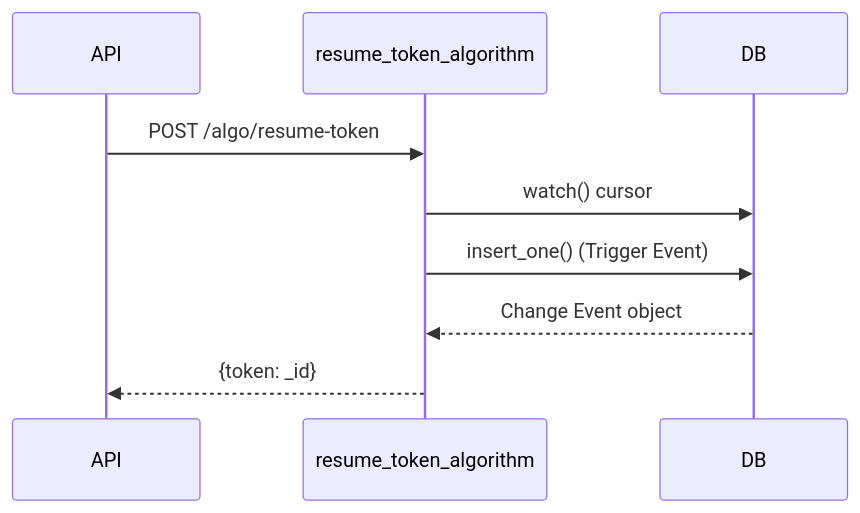
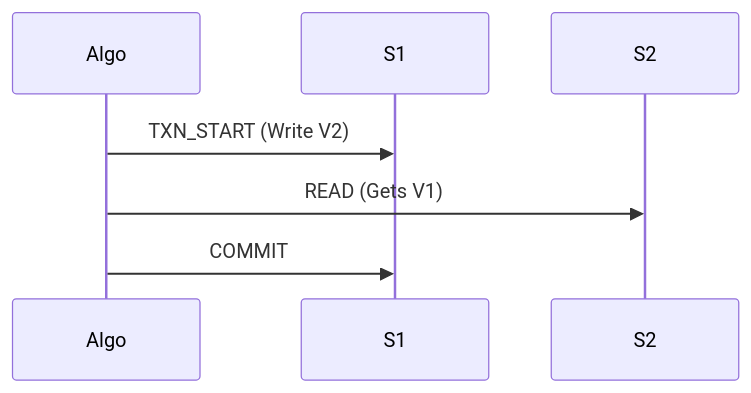
One commit to Chief-Strategist-J/llm-observability-platform changed the sixth of 6 diagrams in infrastructure/database/mongodb/API_DOCUMENTATION.md. Above: the diagram before and after it, drawn with Mermaid. The commit also changed other lines of this file and 1 other file, not shown here.

````diff
--- a/infrastructure/database/mongodb/API_DOCUMENTATION.md
+++ b/infrastructure/database/mongodb/API_DOCUMENTATION.md
@@ -89,12 +171,6 @@
 ```mermaid
 sequenceDiagram
-    participant API
-    participant Algo as resume_token_algorithm
-    participant DB
-    
-    API->>Algo: POST /algo/resume-token
-    Algo->>DB: watch() cursor
-    Algo->>DB: insert_one() (Trigger Event)
-    DB-->>Algo: Change Event object
-    Algo-->>API: {token: _id}
+    Algo->>S1: TXN_START (Write V2)
+    Algo->>S2: READ (Gets V1)
+    Algo->>S1: COMMIT
 ```
````
